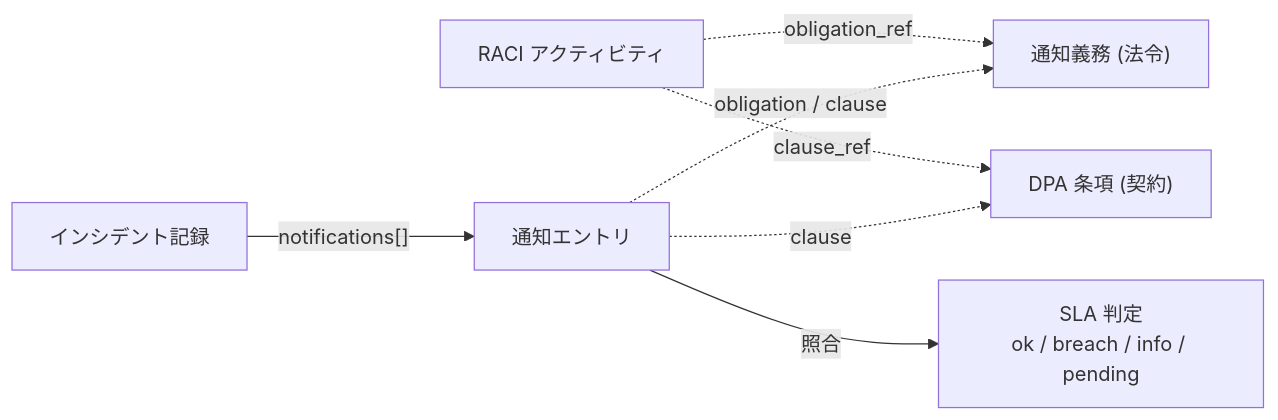
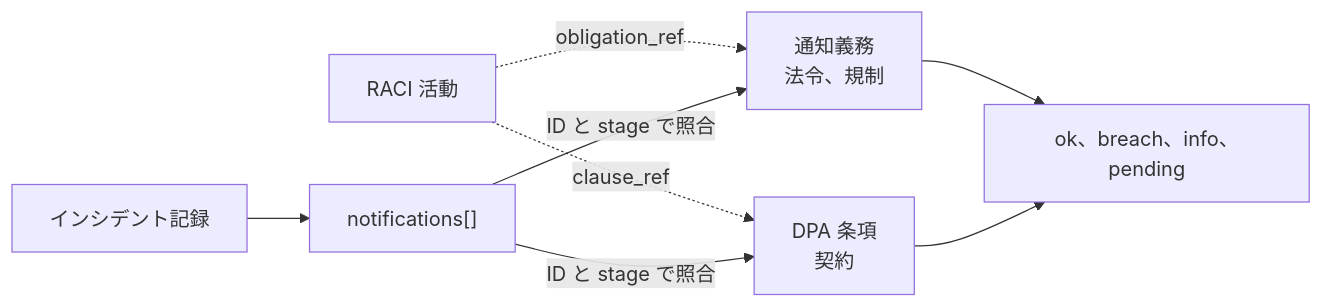
One commit to suwa-sh/shared-infra-incident-readiness changed the diagram in docs/02_incident_raci_and_sla.md. Above: the diagram before and after it, drawn with Mermaid. The commit also changed other lines of this file and 10 other files, not shown here.

````diff
--- a/docs/02_incident_raci_and_sla.md
+++ b/docs/02_incident_raci_and_sla.md
@@ -34,9 +40,10 @@
 ```mermaid
 graph LR
-  activity["RACI アクティビティ"] -.->|"obligation_ref"| ob["通知義務 (法令)"]
-  activity -.->|"clause_ref"| clause["DPA 条項 (契約)"]
-  record["インシデント記録"] -->|"notifications[]"| entry["通知エントリ"]
-  entry -.->|"obligation / clause"| ob
-  entry -.->|"clause"| clause
-  entry -->|"照合"| sla["SLA 判定<br/>ok / breach / info / pending"]
+  activity["RACI 活動"] -.->|"obligation_ref"| obligation["通知義務<br/>法令、規制"]
+  activity -.->|"clause_ref"| clause["DPA 条項<br/>契約"]
+  record["インシデント記録"] --> entry["notifications[]"]
+  entry -->|"ID と stage で照合"| obligation
+  entry -->|"ID と stage で照合"| clause
+  obligation --> verdict["ok、breach、info、pending"]
+  clause --> verdict
 ```
````
